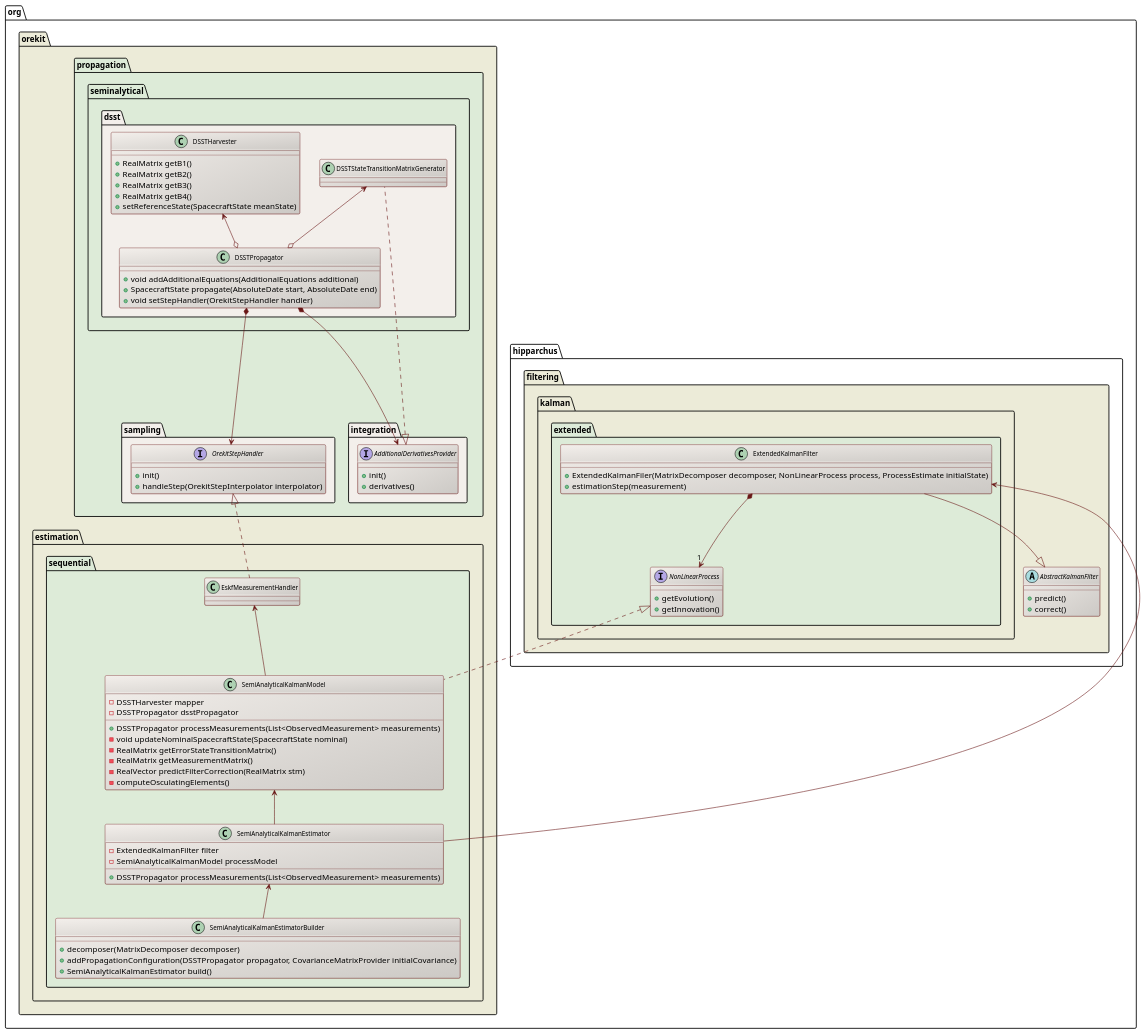
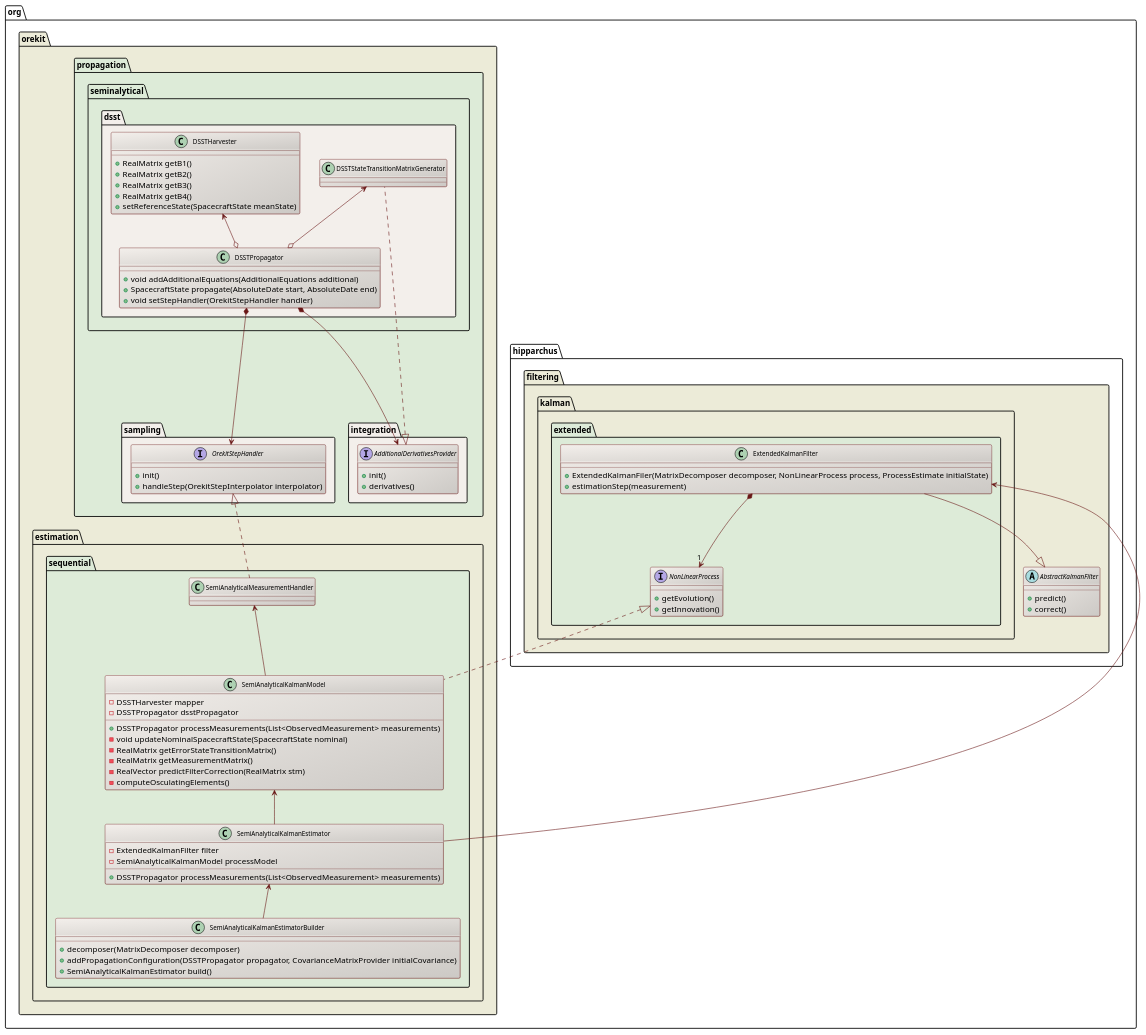
The diagram in src/design/extended-semi-analytical-kalman-filter-diagram.puml (CS-SI/Orekit), drawn with PlantUML before and after one commit.

Commit message:
This class doesn't exist.

```diff
--- a/src/design/extended-semi-analytical-kalman-filter-diagram.puml
+++ b/src/design/extended-semi-analytical-kalman-filter-diagram.puml
@@ -17,122 +17,122 @@
 @startuml
 
   skinparam svek                  true
   skinparam ClassBackgroundColor  #F3EFEB/CCC9C5
   skinparam ClassArrowColor       #691616
   skinparam ClassBorderColor      #691616
   skinparam NoteBackgroundColor   #F3EFEB
   skinparam NoteBorderColor       #691616
   skinparam NoteFontColor         #691616
   skinparam ClassFontSize         11
 
   package org.hipparchus.filtering #ECEBD8 {
 
     abstract AbstractKalmanFilter {
        + predict()
        + correct()
     }
 
     package kalman.extended #DDEBD8 {
 
       interface NonLinearProcess {
         + getEvolution()
         + getInnovation()
       }
       
       class ExtendedKalmanFilter {
         + ExtendedKalmanFiler(MatrixDecomposer decomposer, NonLinearProcess process, ProcessEstimate initialState)
         + estimationStep(measurement)
       }
 
       ExtendedKalmanFilter *-->"1"  NonLinearProcess
 
     }
 
     ExtendedKalmanFilter --|> AbstractKalmanFilter
 
   }
 
   package org.orekit #ECEBD8 {
 
     package propagation #DDEBD8 {
       
       package integration #F3EFEB {
          interface AdditionalDerivativesProvider {
            + init()
            + derivatives()
          }
       }
 
       package sampling #F3EFEB {
          interface OrekitStepHandler {
            + init()
            + handleStep(OrekitStepInterpolator interpolator)
          }
       }
 
       package seminalytical.dsst #F3EFEB {
 
          class DSSTPropagator {
            + void addAdditionalEquations(AdditionalEquations additional)
            + SpacecraftState propagate(AbsoluteDate start, AbsoluteDate end)
            + void setStepHandler(OrekitStepHandler handler)
          }
 
          class DSSTHarvester {
            + RealMatrix getB1()
            + RealMatrix getB2()
            + RealMatrix getB3()
            + RealMatrix getB4()
            + setReferenceState(SpacecraftState meanState)
          }
          
          AdditionalDerivativesProvider <|.. DSSTStateTransitionMatrixGenerator
          DSSTPropagator *-->  AdditionalDerivativesProvider
          DSSTPropagator *-->  OrekitStepHandler
          DSSTHarvester <--o DSSTPropagator
          DSSTStateTransitionMatrixGenerator <--o DSSTPropagator
 
       }
 
     }
 
     package estimation.sequential #DDEBD8 {
 
       class SemiAnalyticalKalmanEstimator {
          - ExtendedKalmanFilter filter
          - SemiAnalyticalKalmanModel processModel
          + DSSTPropagator processMeasurements(List<ObservedMeasurement> measurements)
       }
       
       class SemiAnalyticalKalmanEstimatorBuilder {
         + decomposer(MatrixDecomposer decomposer)
         + addPropagationConfiguration(DSSTPropagator propagator, CovarianceMatrixProvider initialCovariance)
         + SemiAnalyticalKalmanEstimator build()
       }
       
       class SemiAnalyticalKalmanModel {
          - DSSTHarvester mapper
          - DSSTPropagator dsstPropagator
          + DSSTPropagator processMeasurements(List<ObservedMeasurement> measurements)
          - void updateNominalSpacecraftState(SpacecraftState nominal)
          - RealMatrix getErrorStateTransitionMatrix()
          - RealMatrix getMeasurementMatrix()
          - RealVector predictFilterCorrection(RealMatrix stm)
          - computeOsculatingElements()
       }
       
-      class EskfMeasurementHandler
+      class SemiAnalyticalMeasurementHandler
 
-      OrekitStepHandler <|..  EskfMeasurementHandler
+      OrekitStepHandler <|..  SemiAnalyticalMeasurementHandler
       SemiAnalyticalKalmanEstimator <--   SemiAnalyticalKalmanEstimatorBuilder
       NonLinearProcess <|..  SemiAnalyticalKalmanModel
       SemiAnalyticalKalmanModel <--   SemiAnalyticalKalmanEstimator
       ExtendedKalmanFilter <--   SemiAnalyticalKalmanEstimator
-      EskfMeasurementHandler <--   SemiAnalyticalKalmanModel
+      SemiAnalyticalMeasurementHandler <--   SemiAnalyticalKalmanModel
 
     }
 
   }
 
 
 @enduml
```
